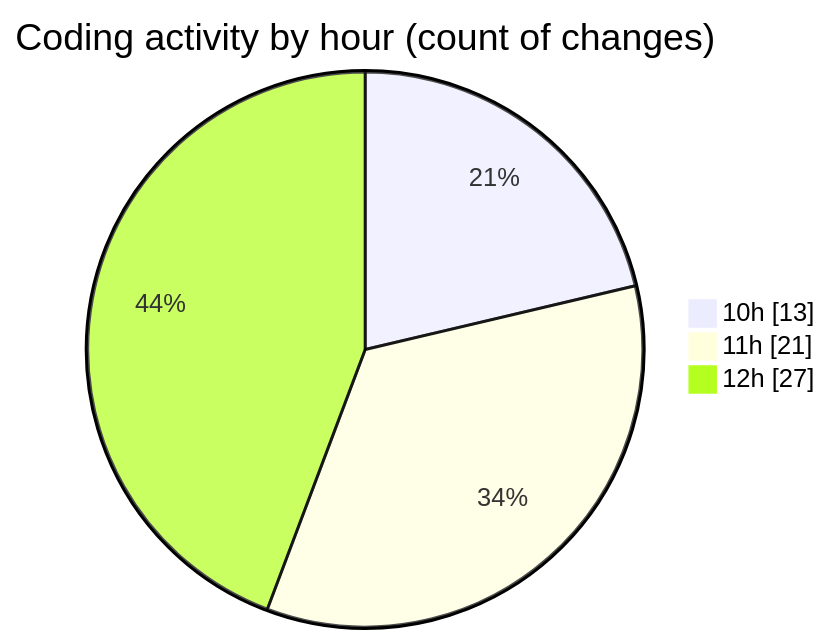
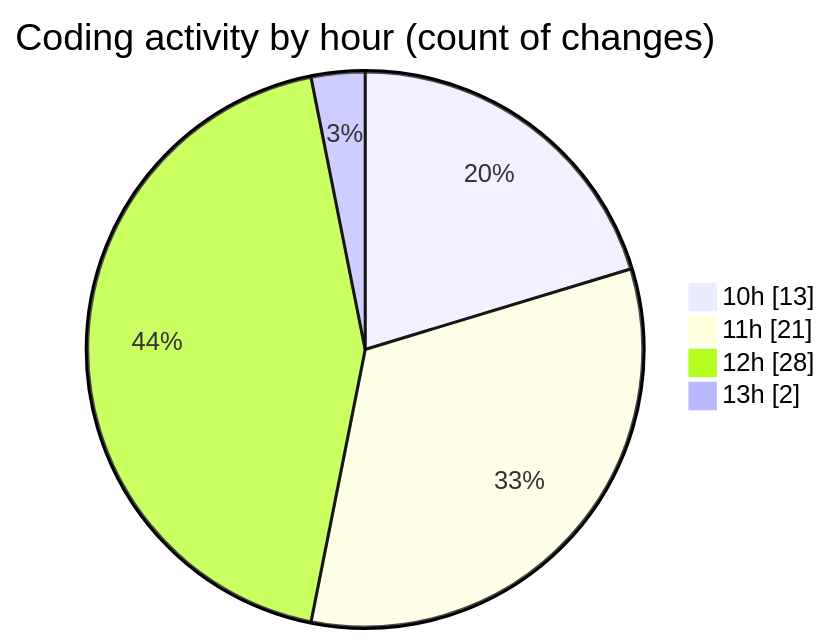
Before and after one commit to momahboobian/code-tracking: the second of 2 diagrams in 2025-06-19/cda/README.md, drawn with Mermaid. The commit also changed other lines of this file and 1 other file, not shown here.

````diff
--- a/2025-06-19/cda/README.md
+++ b/2025-06-19/cda/README.md
@@ -39,7 +39,8 @@
 ```mermaid
 pie showData
 title Coding activity by hour (count of changes)
 "10h" : 13
 "11h" : 21
-"12h" : 27
+"12h" : 28
+"13h" : 2
 ```
````
